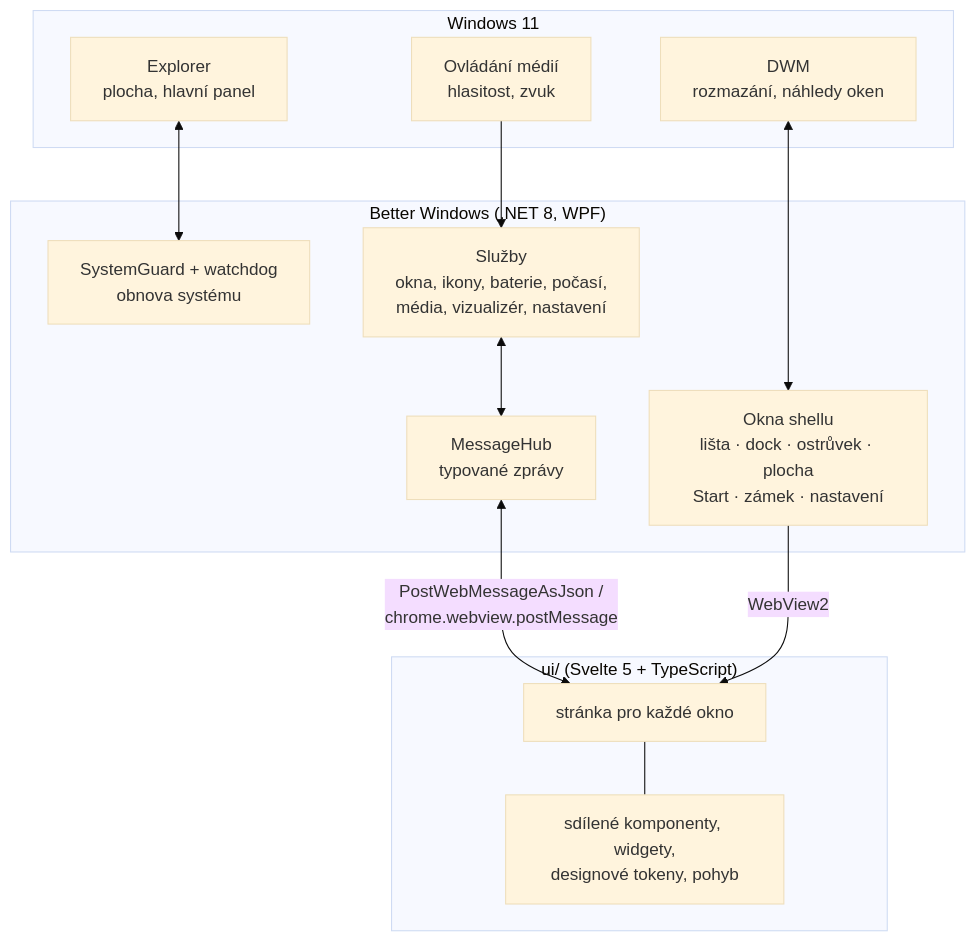
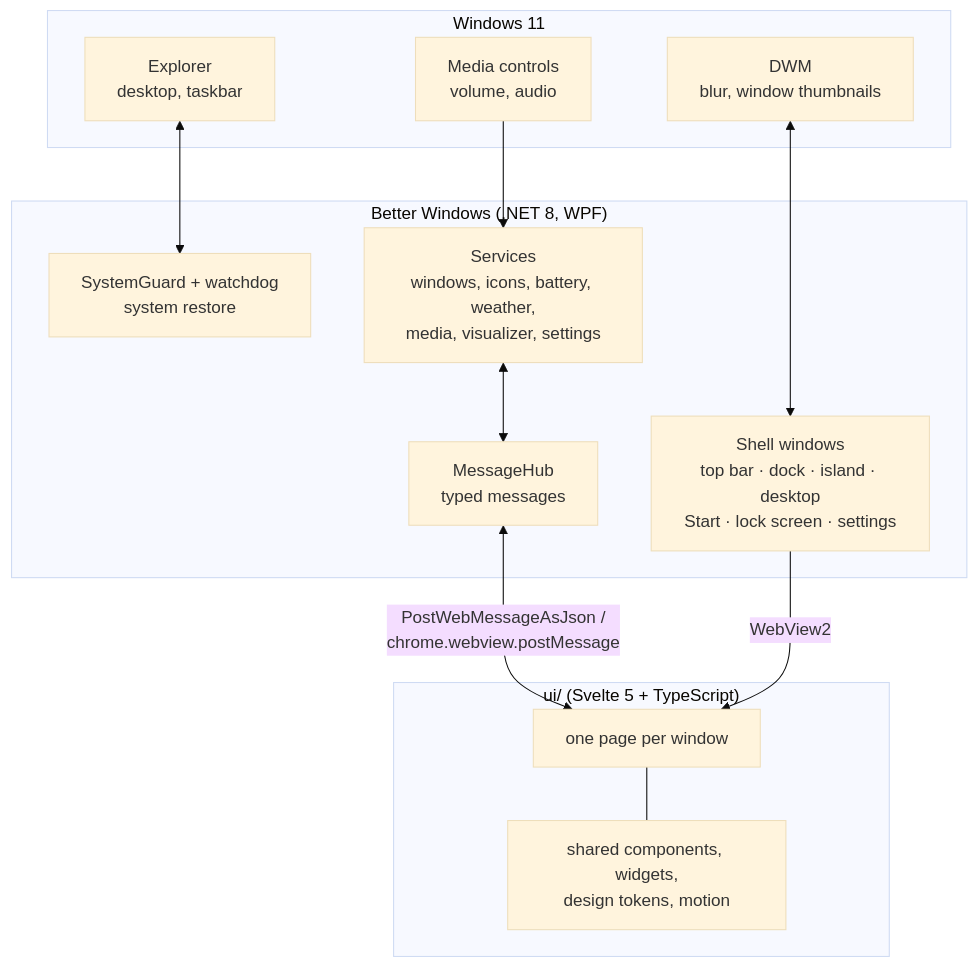
One commit to Zorvoan/windows_addon changed the diagram in README.md. Above: the diagram before and after it, drawn with Mermaid (base theme). The commit also changed other lines of this file, not shown here.

````diff
--- a/README.md
+++ b/README.md
@@ -142,28 +143,28 @@
 ```mermaid
 flowchart TB
   subgraph Windows["Windows 11"]
-    DWM["DWM<br/>rozmazání, náhledy oken"]
-    Shell["Explorer<br/>plocha, hlavní panel"]
-    Media["Ovládání médií<br/>hlasitost, zvuk"]
+    DWM["DWM<br/>blur, window thumbnails"]
+    Shell["Explorer<br/>desktop, taskbar"]
+    Media["Media controls<br/>volume, audio"]
   end
 
   subgraph App["Better Windows (.NET 8, WPF)"]
-    Guard["SystemGuard + watchdog<br/>obnova systému"]
-    Services["Služby<br/>okna, ikony, baterie, počasí,<br/>média, vizualizér, nastavení"]
-    Hub["MessageHub<br/>typované zprávy"]
-    Windows2["Okna shellu<br/>lišta · dock · ostrůvek · plocha<br/>Start · zámek · nastavení"]
+    Guard["SystemGuard + watchdog<br/>system restore"]
+    Services["Services<br/>windows, icons, battery, weather,<br/>media, visualizer, settings"]
+    Hub["MessageHub<br/>typed messages"]
+    ShellWindows["Shell windows<br/>top bar · dock · island · desktop<br/>Start · lock screen · settings"]
   end
 
   subgraph UI["ui/ (Svelte 5 + TypeScript)"]
-    Pages["stránka pro každé okno"]
-    Lib["sdílené komponenty, widgety,<br/>designové tokeny, pohyb"]
+    Pages["one page per window"]
+    Lib["shared components, widgets,<br/>design tokens, motion"]
   end
 
   Shell <--> Guard
-  DWM <--> Windows2
+  DWM <--> ShellWindows
   Media --> Services
   Services <--> Hub
   Hub <-->|"PostWebMessageAsJson /<br/>chrome.webview.postMessage"| Pages
-  Windows2 -->|WebView2| Pages
+  ShellWindows -->|WebView2| Pages
   Pages --- Lib
 ```
````
